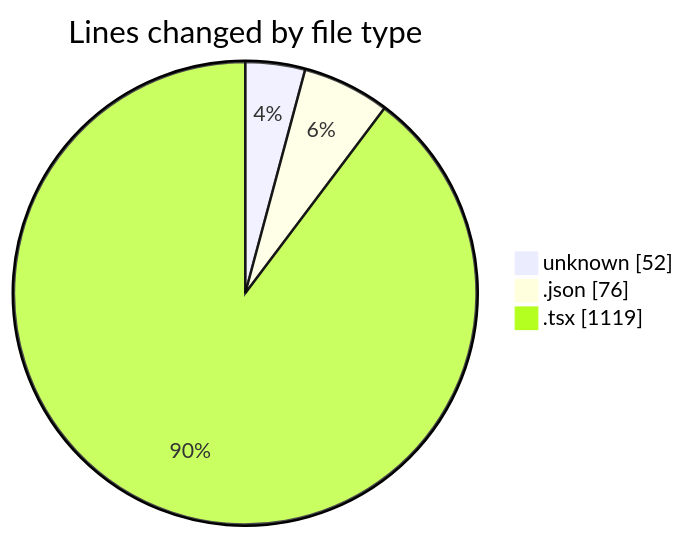
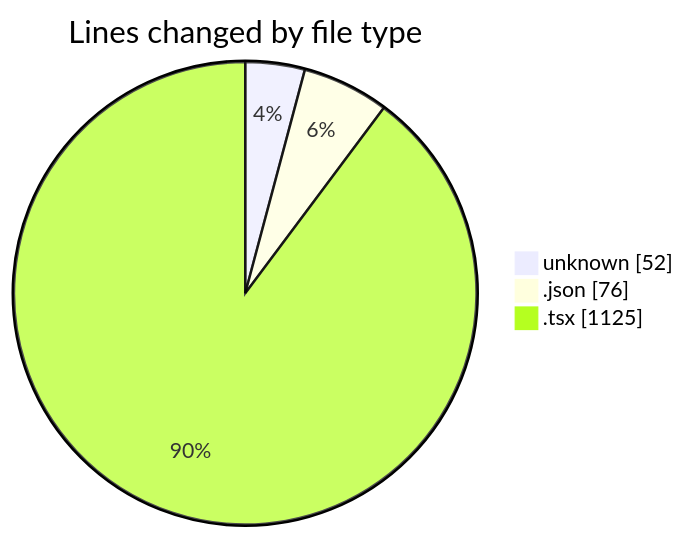
Before and after one commit to JenPaints/code-tracking: the first of 2 diagrams in 2025-06-28/navtech/README.md, drawn with Mermaid. The commit also changed other lines of this file and 1 other file, not shown here.

````diff
--- a/2025-06-28/navtech/README.md
+++ b/2025-06-28/navtech/README.md
@@ -25,7 +27,7 @@
 ```mermaid
 pie showData
 title Lines changed by file type
 "unknown" : 52
 ".json" : 76
-".tsx" : 1119
+".tsx" : 1125
 ```
````
